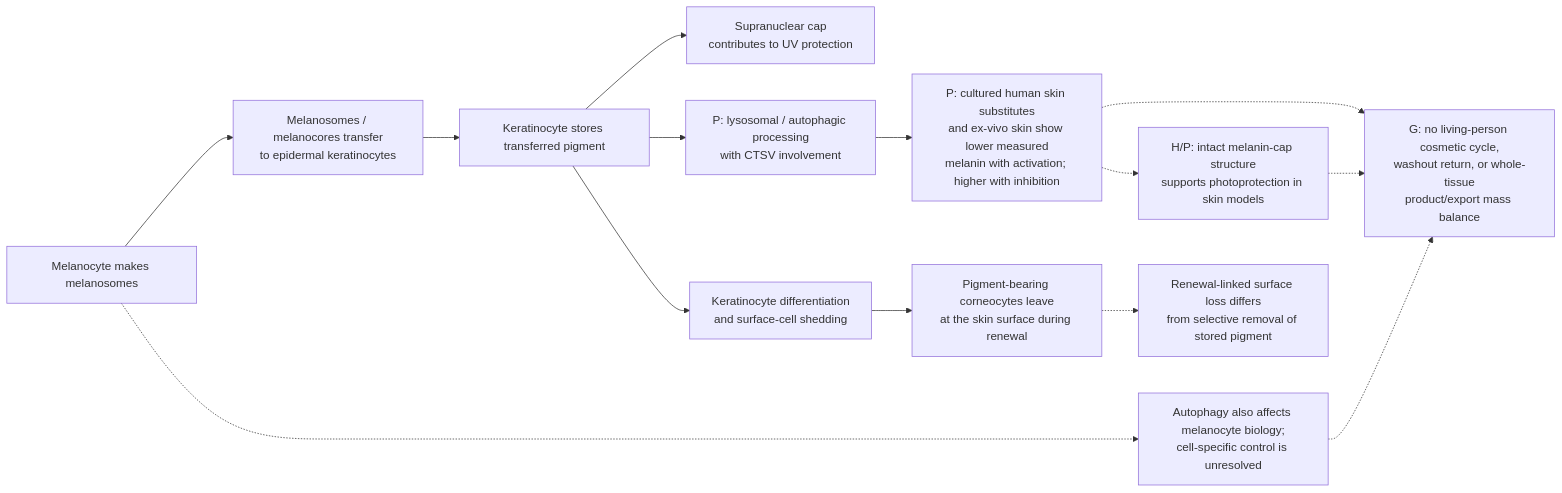
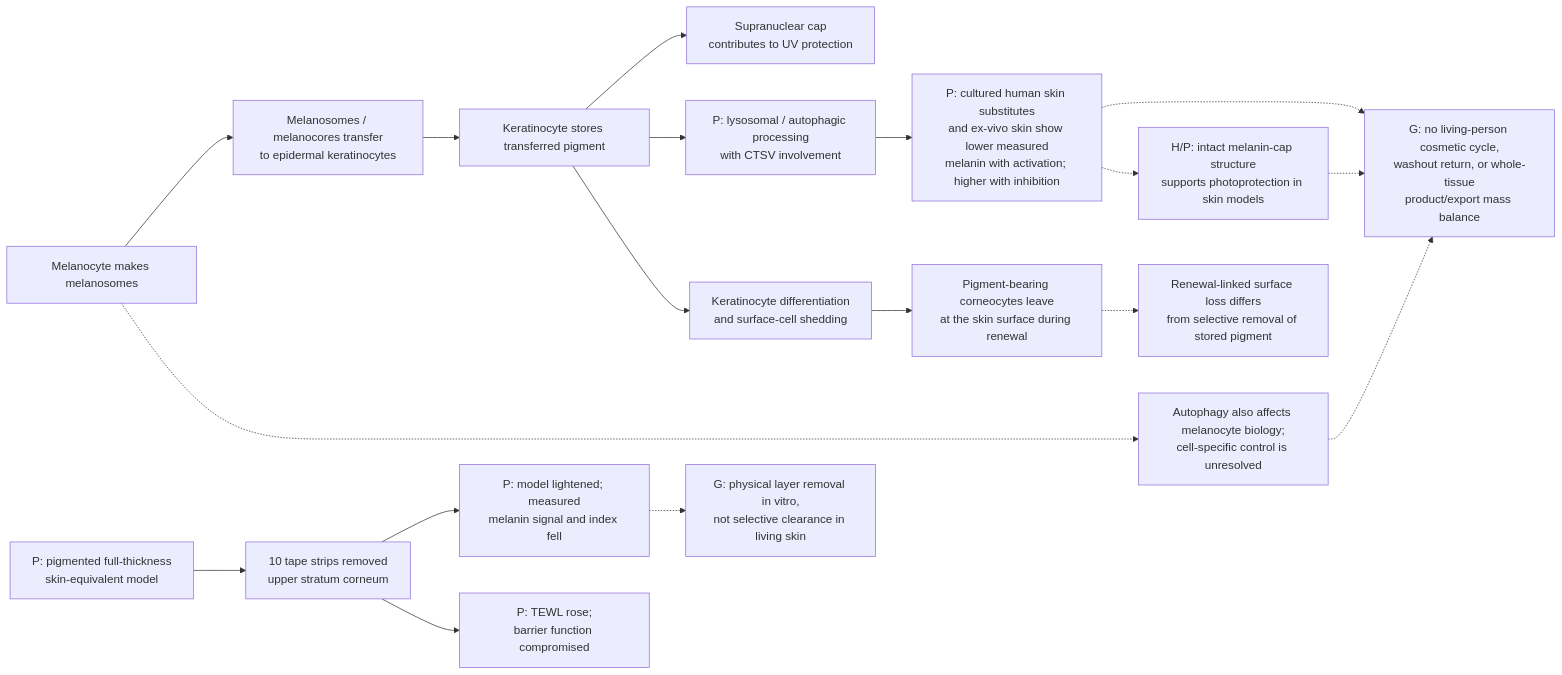
The seventh of 30 diagrams in research/tissue-pigment-atlas.md (dylanstechmann/iris-color-without-contacts), drawn with Mermaid before and after one commit. The commit also changed other lines of this file, not shown here.

Commit message:
Separate skin shedding from forced surface removal

````diff
--- a/research/tissue-pigment-atlas.md
+++ b/research/tissue-pigment-atlas.md
@@ -191,16 +191,20 @@
 ```mermaid
 flowchart LR
     M["Melanocyte makes melanosomes"] --> T["Melanosomes / melanocores transfer<br/>to epidermal keratinocytes"]
     T --> K["Keratinocyte stores transferred pigment"]
     K --> C["Supranuclear cap<br/>contributes to UV protection"]
     K --> A["P: lysosomal / autophagic processing<br/>with CTSV involvement"]
     A --> R["P: cultured human skin substitutes<br/>and ex-vivo skin show lower measured<br/>melanin with activation; higher with inhibition"]
     K --> S["Keratinocyte differentiation<br/>and surface-cell shedding"]
     S --> O["Pigment-bearing corneocytes leave<br/>at the skin surface during renewal"]
+    HSE["P: pigmented full-thickness<br/>skin-equivalent model"] --> STRIP["10 tape strips removed<br/>upper stratum corneum"]
+    STRIP --> STRIP_OUT["P: model lightened; measured<br/>melanin signal and index fell"]
+    STRIP --> TEWL["P: TEWL rose;<br/>barrier function compromised"]
+    STRIP_OUT -.-> STRIP_GAP["G: physical layer removal in vitro,<br/>not selective clearance in living skin"]
     R -.-> F["G: no living-person cosmetic cycle,<br/>washout return, or whole-tissue<br/>product/export mass balance"]
     R -.-> P["H/P: intact melanin-cap structure<br/>supports photoprotection in skin models"]
     P -.-> F
     M -.-> B["Autophagy also affects melanocyte biology;<br/>cell-specific control is unresolved"]
     B -.-> F
     O -.-> X["Renewal-linked surface loss differs<br/>from selective removal of stored pigment"]
 ```
````
